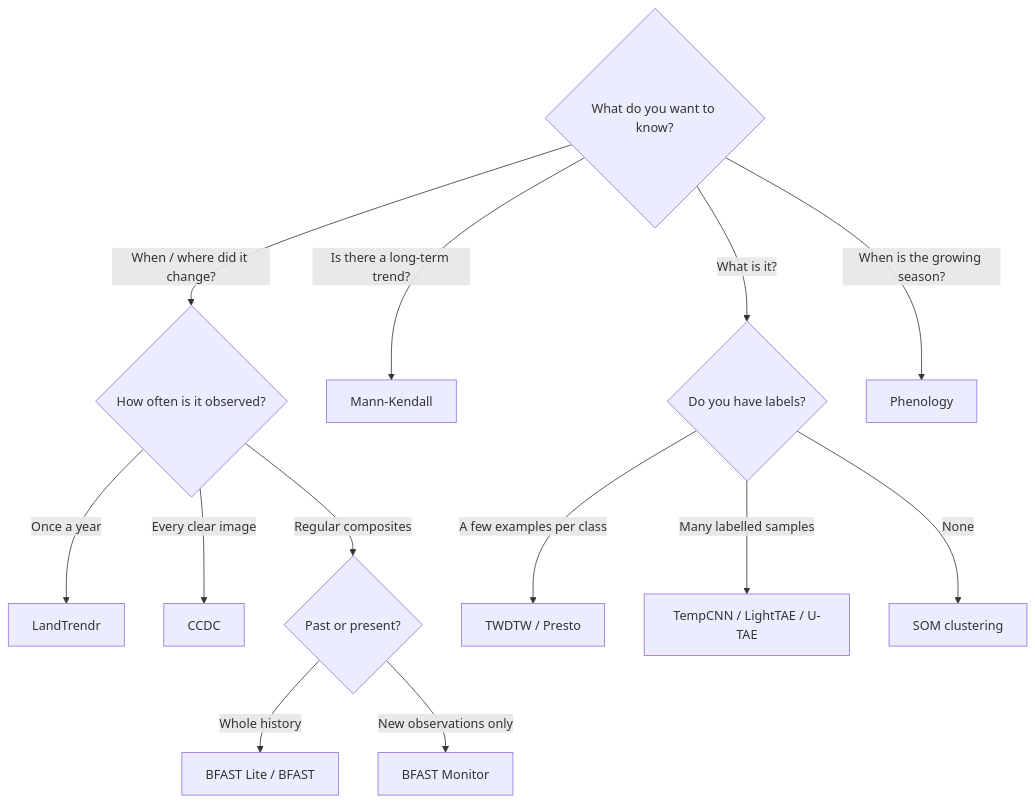
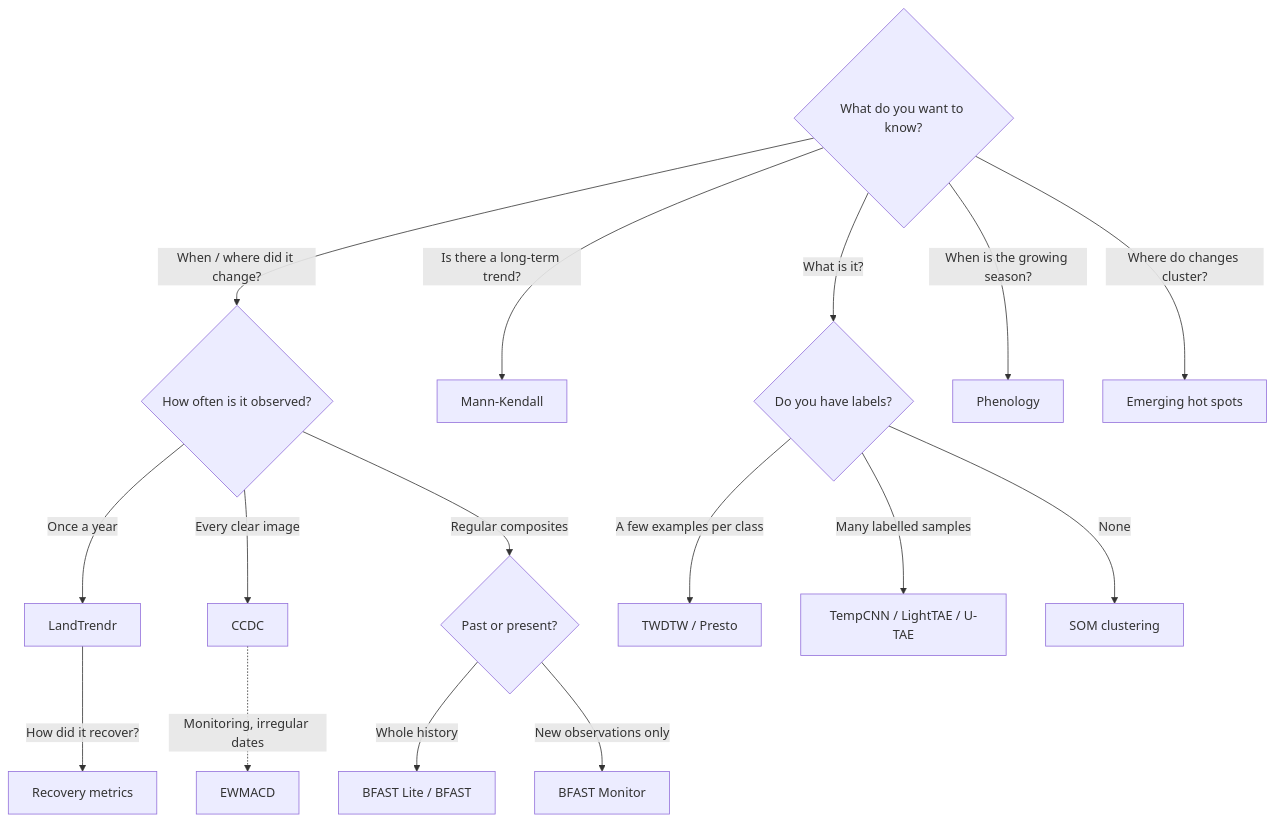
One commit to sacridini/zeit-cdts changed the diagram in docs/getting-started/choosing-an-algorithm.md. Above: the diagram before and after it, drawn with Mermaid. The commit also changed other lines of this file and 116 other files, not shown here.

````diff
--- a/docs/getting-started/choosing-an-algorithm.md
+++ b/docs/getting-started/choosing-an-algorithm.md
@@ -26,18 +32,21 @@
 ```mermaid
 flowchart TD
     Q{"What do you want to know?"}
     Q -->|"When / where did it change?"| C{"How often is it observed?"}
     Q -->|"Is there a long-term trend?"| MK["Mann-Kendall"]
     Q -->|"What is it?"| L{"Do you have labels?"}
     Q -->|"When is the growing season?"| PH["Phenology"]
+    Q -->|"Where do changes cluster?"| HS["Emerging hot spots"]
+    LT -->|"How did it recover?"| RC["Recovery metrics"]
 
     C -->|"Once a year"| LT["LandTrendr"]
     C -->|"Every clear image"| CC["CCDC"]
     C -->|"Regular composites"| B{"Past or present?"}
     B -->|"Whole history"| BL["BFAST Lite / BFAST"]
     B -->|"New observations only"| BM["BFAST Monitor"]
+    CC -.->|"Monitoring, irregular dates"| EW["EWMACD"]
 
     L -->|"A few examples per class"| TW["TWDTW / Presto"]
     L -->|"Many labelled samples"| DL["TempCNN / LightTAE / U-TAE"]
     L -->|"None"| SO["SOM clustering"]
 ```
````
